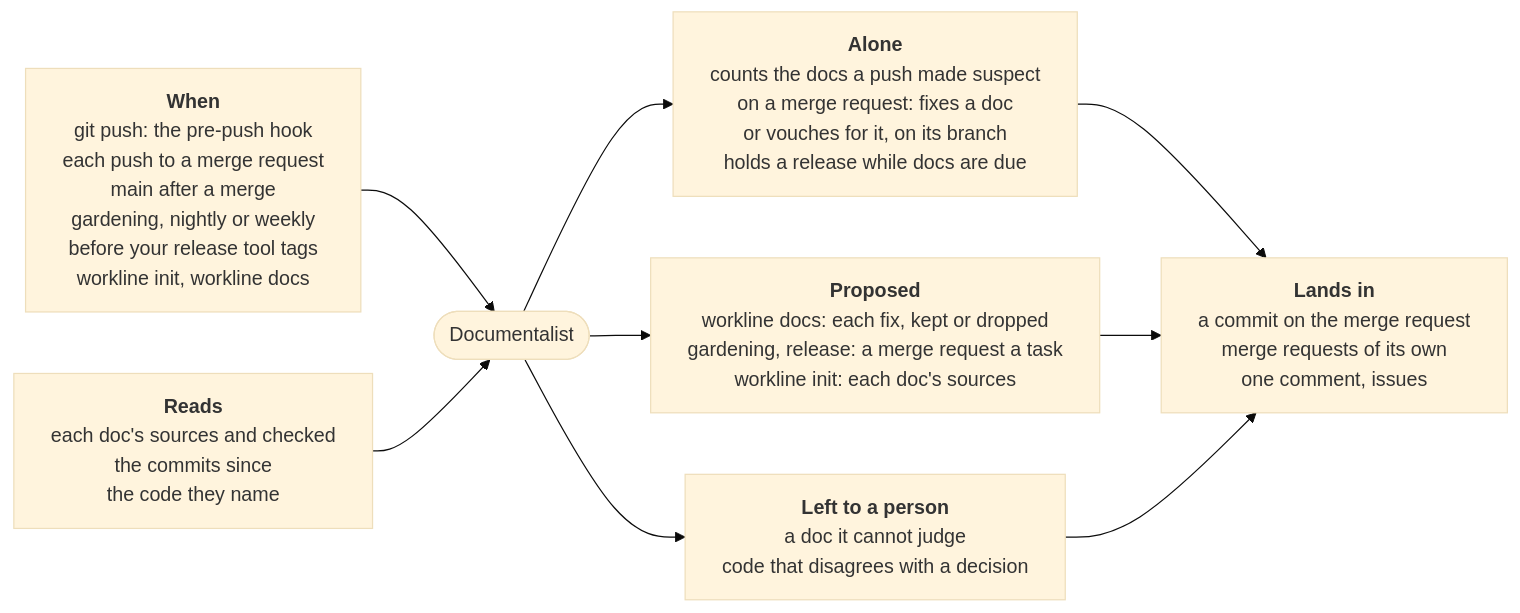
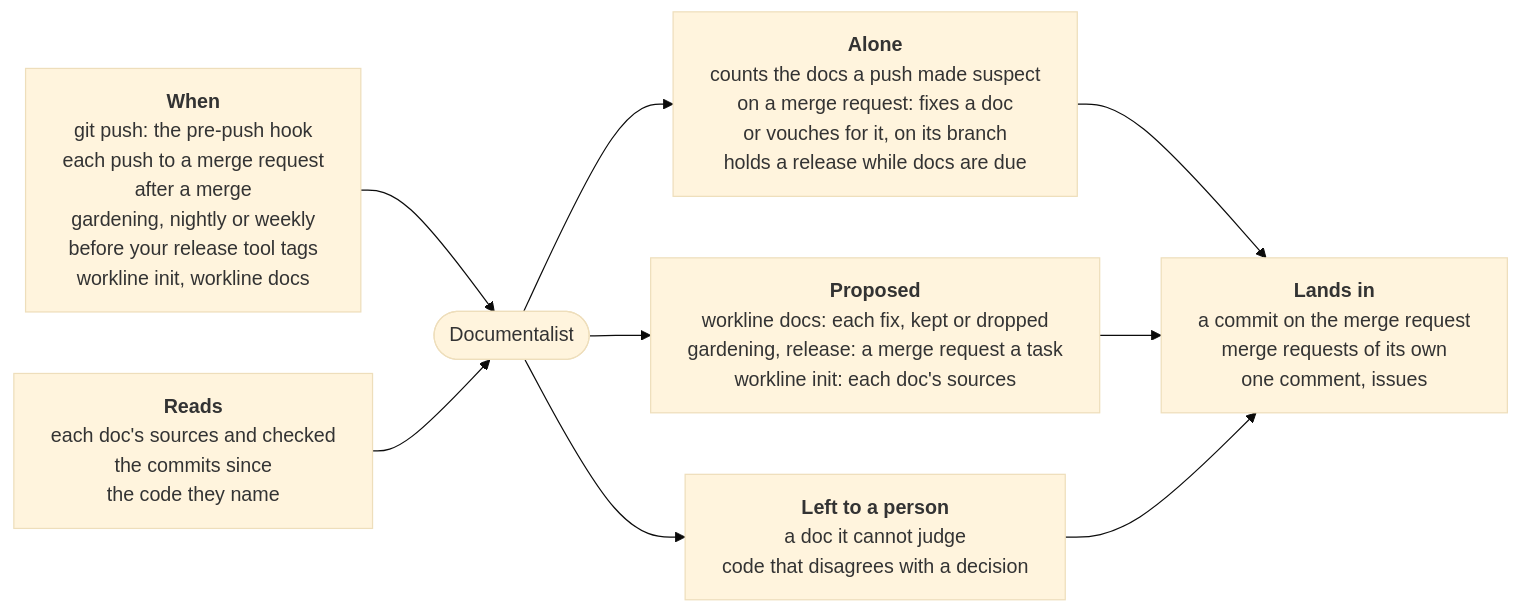
The diagram in roles/documentalist/README.md (JN0V/workline), drawn with Mermaid (base theme) before and after one commit. The commit also changed other lines of this file and 3 other files, not shown here.

````diff
--- a/roles/documentalist/README.md
+++ b/roles/documentalist/README.md
@@ -9,16 +9,16 @@
 ```mermaid
 %%{init: {"flowchart": {"wrappingWidth": 400}}}%%
 flowchart LR
-  when["<b>When</b><br/>git push: the pre-push hook<br/>each push to a merge request<br/>main after a merge<br/>gardening, nightly or weekly<br/>before your release tool tags<br/>workline init, workline docs"]
+  when["<b>When</b><br/>git push: the pre-push hook<br/>each push to a merge request<br/>after a merge<br/>gardening, nightly or weekly<br/>before your release tool tags<br/>workline init, workline docs"]
   reads["<b>Reads</b><br/>each doc's sources and checked<br/>the commits since<br/>the code they name"]
   role(["Documentalist"])
   alone["<b>Alone</b><br/>counts the docs a push made suspect<br/>on a merge request: fixes a doc<br/>or vouches for it, on its branch<br/>holds a release while docs are due"]
   proposed["<b>Proposed</b><br/>workline docs: each fix, kept or dropped<br/>gardening, release: a merge request a task<br/>workline init: each doc's sources"]
   person["<b>Left to a person</b><br/>a doc it cannot judge<br/>code that disagrees with a decision"]
   out["<b>Lands in</b><br/>a commit on the merge request<br/>merge requests of its own<br/>one comment, issues"]
   when --> role
   reads --> role
   role --> alone --> out
   role --> proposed --> out
   role --> person --> out
 ```
````
